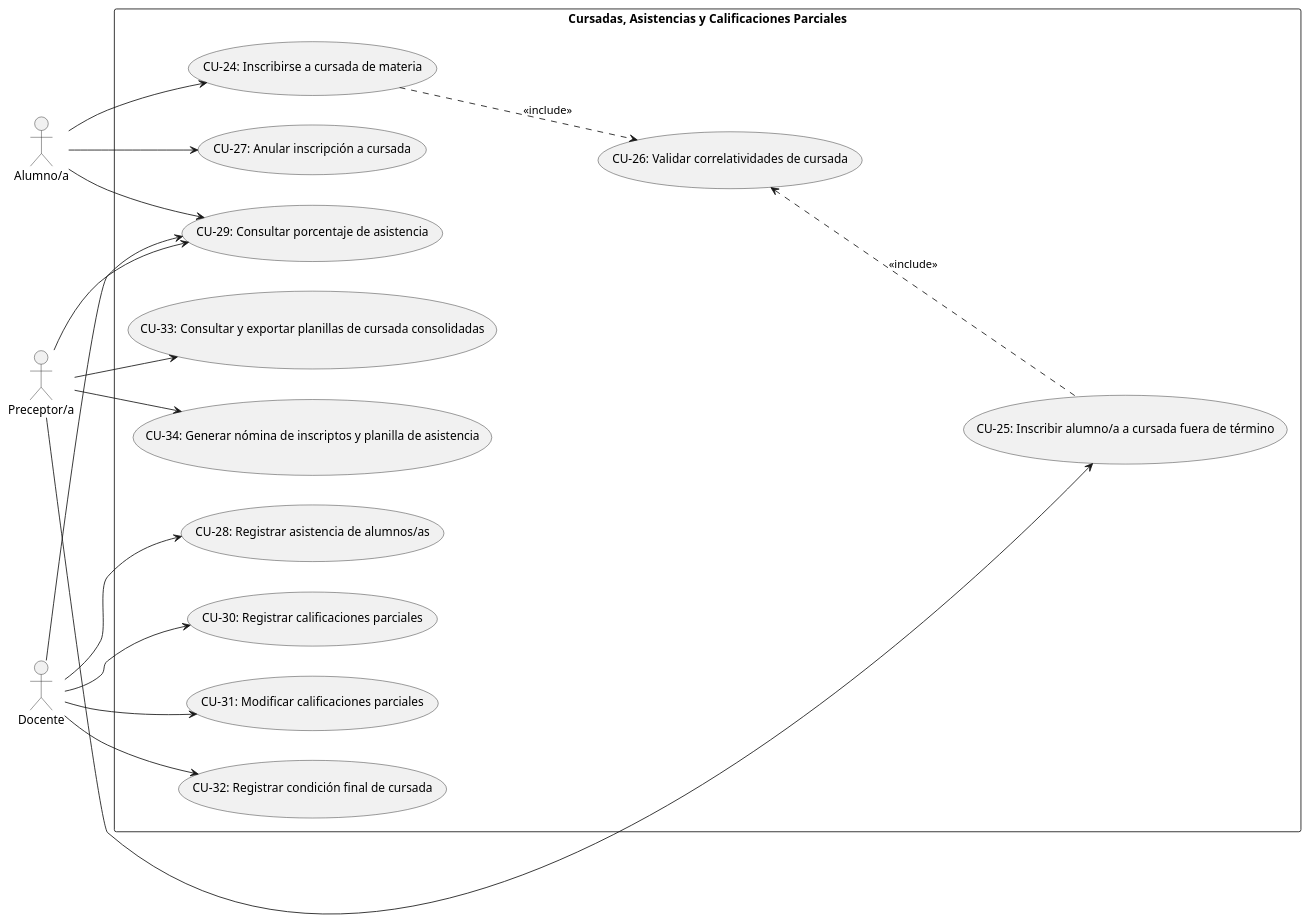
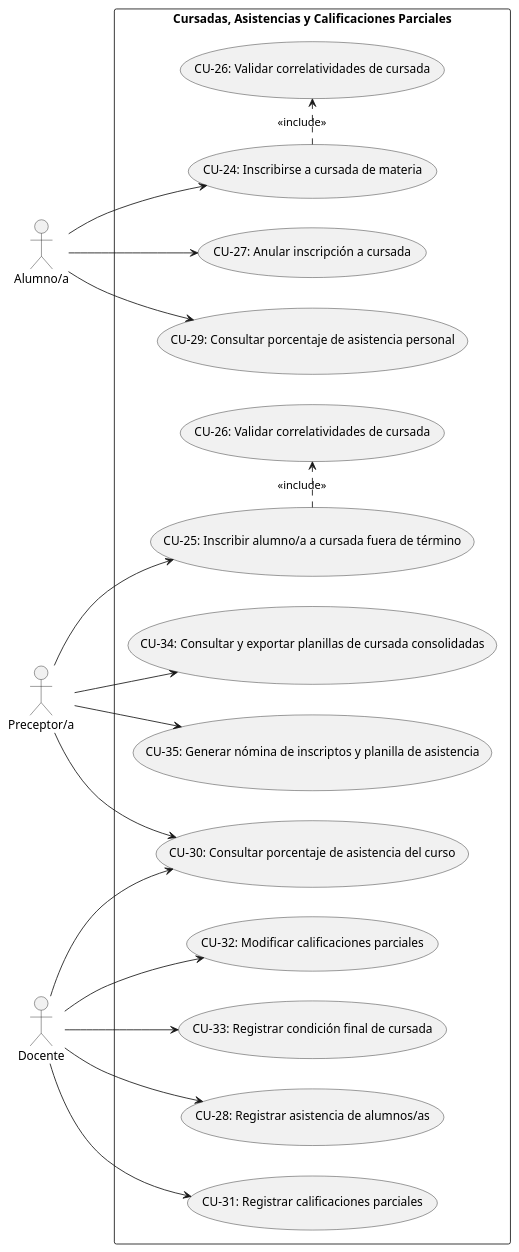
The diagram in CU/05_cursadas_y_asistencias.puml (marcosdima/final-as), drawn with PlantUML before and after one commit. The commit also changed 10 other files, not shown here.

```diff
--- a/CU/05_cursadas_y_asistencias.puml
+++ b/CU/05_cursadas_y_asistencias.puml
@@ -1,45 +1,48 @@
 @startuml 05_cursadas_y_asistencias
 
 left to right direction
 skinparam packageStyle rectangle
 skinparam rectangle {
     BackgroundColor #FFFFFF
 }
 
 actor "Alumno/a" as alumno
 actor "Preceptor/a" as preceptor
 actor "Docente" as docente
 
 rectangle "Cursadas, Asistencias y Calificaciones Parciales" {
     usecase "CU-24: Inscribirse a cursada de materia" as CU24
+    usecase "CU-26: Validar correlatividades de cursada" as CU26
     usecase "CU-25: Inscribir alumno/a a cursada fuera de término" as CU25
-    usecase "CU-26: Validar correlatividades de cursada" as CU26
+    usecase "CU-26: Validar correlatividades de cursada" as CU26b
     usecase "CU-27: Anular inscripción a cursada" as CU27
     usecase "CU-28: Registrar asistencia de alumnos/as" as CU28
-    usecase "CU-29: Consultar porcentaje de asistencia" as CU29
-    usecase "CU-30: Registrar calificaciones parciales" as CU30
-    usecase "CU-31: Modificar calificaciones parciales" as CU31
-    usecase "CU-32: Registrar condición final de cursada" as CU32
-    usecase "CU-33: Consultar y exportar planillas de cursada consolidadas" as CU33
-    usecase "CU-34: Generar nómina de inscriptos y planilla de asistencia" as CU34
-
-    CU24 .down.> CU26 : <<include>>
-    CU25 .up.> CU26 : <<include>>
+    usecase "CU-29: Consultar porcentaje de asistencia personal" as CU29
+    usecase "CU-30: Consultar porcentaje de asistencia del curso" as CU30
+    usecase "CU-31: Registrar calificaciones parciales" as CU31
+    usecase "CU-32: Modificar calificaciones parciales" as CU32
+    usecase "CU-33: Registrar condición final de cursada" as CU33
+    usecase "CU-34: Consultar y exportar planillas de cursada consolidadas" as CU34
+    usecase "CU-35: Generar nómina de inscriptos y planilla de asistencia" as CU35
 }
 
 alumno --> CU24
 alumno --> CU27
 alumno --> CU29
 
+CU24 .> CU26 : <<include>>
+
 preceptor --> CU25
-preceptor --> CU29
-preceptor --> CU33
+preceptor --> CU30
 preceptor --> CU34
+preceptor --> CU35
+
+CU25 .> CU26b : <<include>>
 
 docente --> CU28
-docente --> CU29
 docente --> CU30
 docente --> CU31
 docente --> CU32
+docente --> CU33
 
 @enduml
```
